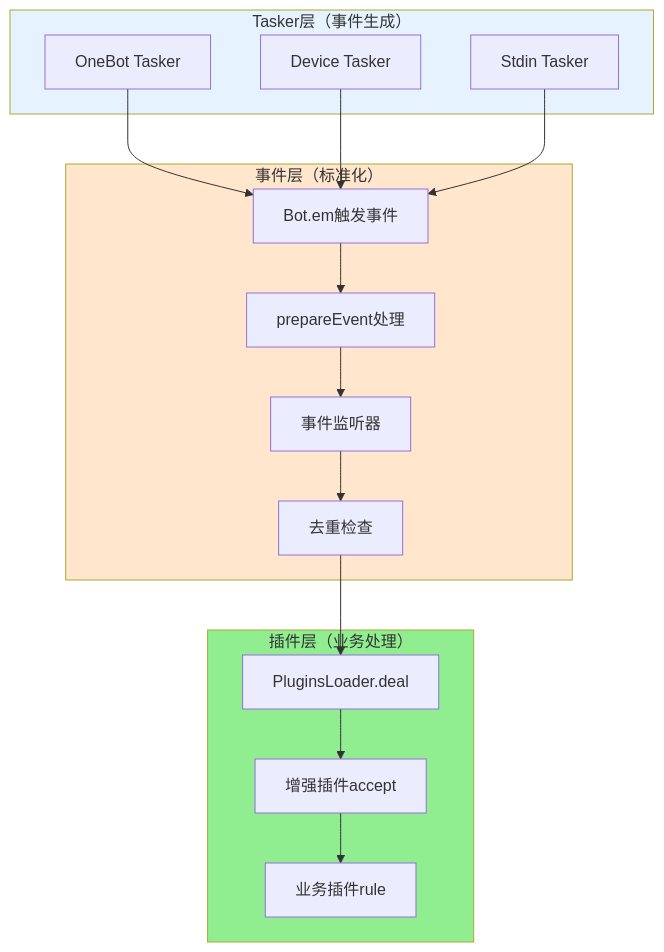
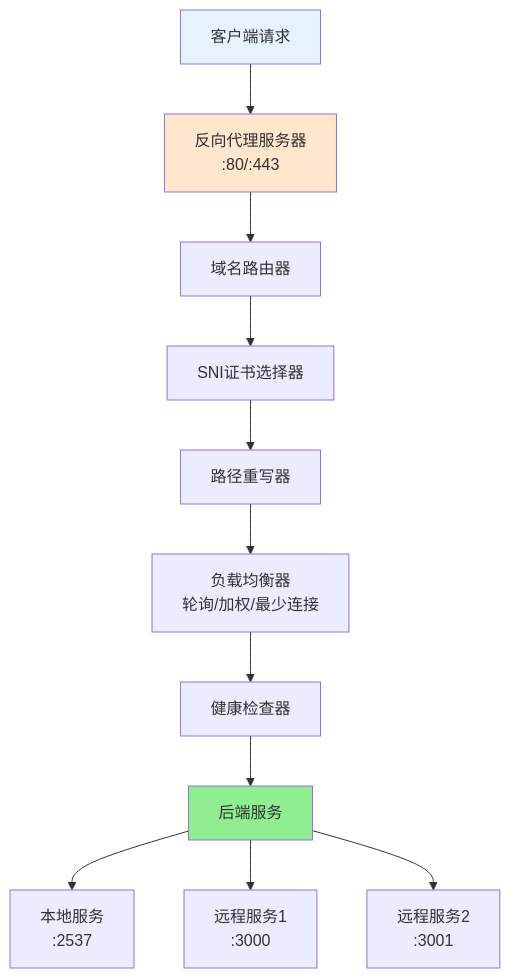
One commit to sunflowermm/XRK-AGT changed diagram 12 of 12 in docs/bot.md. Above: the diagram before and after it, drawn with Mermaid. The commit also changed other lines of this file and 5 other files, not shown here.

````diff
--- a/docs/bot.md
+++ b/docs/bot.md
@@ -220,39 +559,18 @@
 ```mermaid
 flowchart TB
-    subgraph TaskerLayer["Tasker层（事件生成）"]
-        T1["OneBot Tasker"]
-        T2["Device Tasker"]
-        T3["Stdin Tasker"]
-    end
+    Client["客户端请求"] --> Proxy["反向代理服务器<br/>:80/:443"]
+    Proxy --> Domain["域名路由器"]
+    Domain --> SNI["SNI证书选择器"]
+    SNI --> Rewrite["路径重写器"]
+    Rewrite --> LB["负载均衡器<br/>轮询/加权/最少连接"]
+    LB --> Health["健康检查器"]
+    Health --> Backend["后端服务"]
     
-    subgraph EventLayer["事件层（标准化）"]
-        E1["Bot.em触发事件"]
-        E2["prepareEvent处理"]
-        E3["事件监听器"]
-        E4["去重检查"]
-    end
+    Backend --> Backend1["本地服务<br/>:2537"]
+    Backend --> Backend2["远程服务1<br/>:3000"]
+    Backend --> Backend3["远程服务2<br/>:3001"]
     
-    subgraph PluginLayer["插件层（业务处理）"]
-        P1["PluginsLoader.deal"]
-        P2["增强插件accept"]
-        P3["业务插件rule"]
-    end
-    
-    T1 --> E1
-    T2 --> E1
-    T3 --> E1
-    E1 --> E2
-    E2 --> E3
-    E3 --> E4
-    E4 --> P1
-    P1 --> P2
-    P2 --> P3
-    
-    style TaskerLayer fill:#E6F3FF
-    style EventLayer fill:#FFE6CC
-    style PluginLayer fill:#90EE90
-    
-    style TaskerLayer fill:#E6F3FF
-    style EventLayer fill:#FFE6CC
-    style PluginLayer fill:#90EE90
+    style Client fill:#E6F3FF
+    style Proxy fill:#FFE6CC
+    style Backend fill:#90EE90
 ```
````
